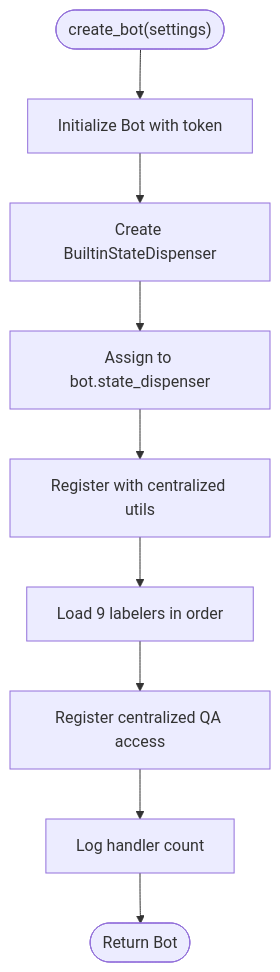
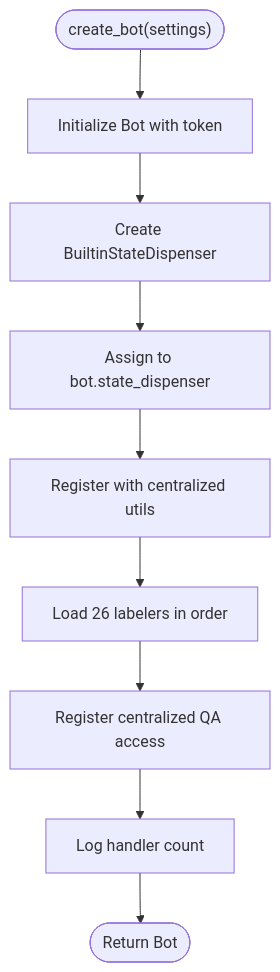
The ninth of 16 diagrams in .qoder/repowiki/en/content/VK Integration/VK Integration.md (ognelis/cafetera_hr_bot), drawn with Mermaid before and after one commit. The commit also changed other lines of this file and 26 other files, not shown here.

````diff
--- a/.qoder/repowiki/en/content/VK Integration/VK Integration.md
+++ b/.qoder/repowiki/en/content/VK Integration/VK Integration.md
@@ -522,11 +546,11 @@
 ```mermaid
 flowchart TD
 Start(["create_bot(settings)"]) --> Init["Initialize Bot with token"]
 Init --> ShareState["Create BuiltinStateDispenser"]
 ShareState --> AssignSD["Assign to bot.state_dispenser"]
 AssignSD --> RegisterSD["Register with centralized utils"]
-RegisterSD --> LoadHandlers["Load 9 labelers in order"]
+RegisterSD --> LoadHandlers["Load 26 labelers in order"]
 LoadHandlers --> RegisterUtils["Register centralized QA access"]
 RegisterUtils --> Log["Log handler count"]
 Log --> ReturnBot(["Return Bot"])
 ```
````
